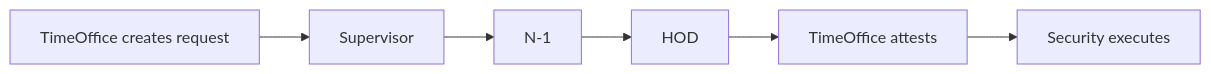
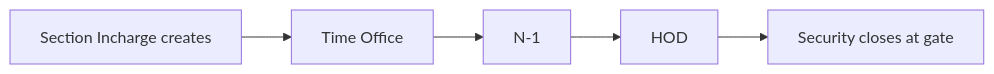
The diagram in resources/Late Coming Early Going Flow.md (DEVD-Nuvoco/vms), drawn with Mermaid before and after one commit. The commit also changed other lines of this file and 131 other files, not shown here.

````diff
--- a/resources/Late Coming Early Going Flow.md
+++ b/resources/Late Coming Early Going Flow.md
@@ -103,10 +49,9 @@
 ```mermaid
 flowchart LR
-  TO[TimeOffice creates request]
-  S[Supervisor]
+  SI[Section Incharge creates]
+  TO[Time Office]
   N1[N-1]
   HOD[HOD]
-  Att[TimeOffice attests]
-  Sec[Security executes]
-  TO --> S --> N1 --> HOD --> Att --> Sec
+  Sec[Security closes at gate]
+  SI --> TO --> N1 --> HOD --> Sec
 ```
````
